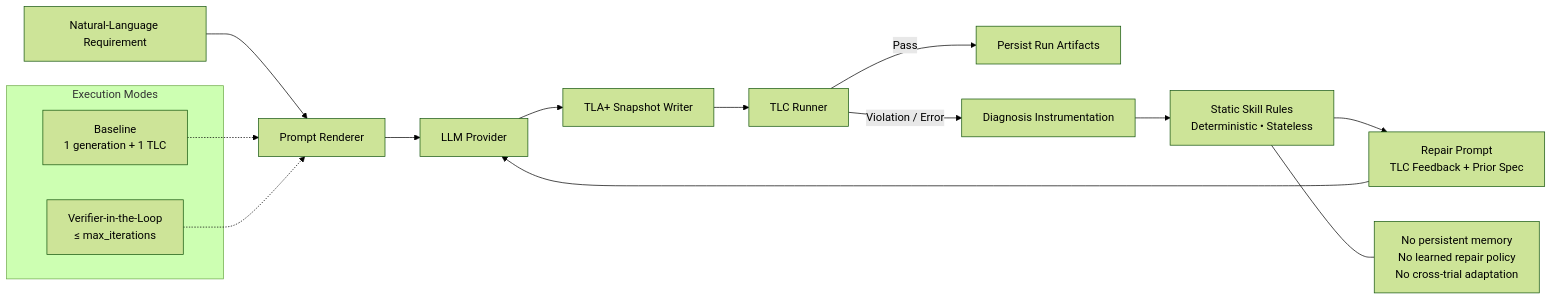
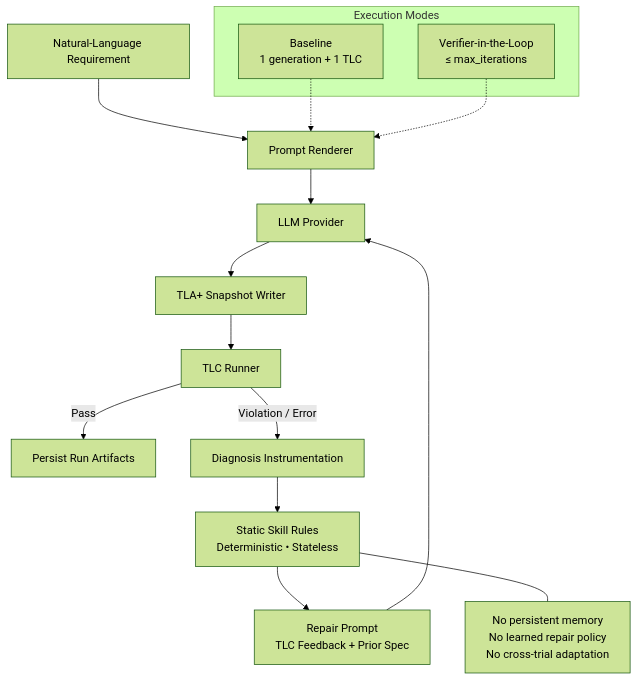
One commit to Prof-it/formal-verification changed the diagram in images/agentic-loop-nasa.mmd. Above: the diagram before and after it, drawn with Mermaid (forest theme). The commit also changed 2 other files, not shown here.

Commit message:
paper update graphics for ETECOM

```diff
--- a/images/agentic-loop-nasa.mmd
+++ b/images/agentic-loop-nasa.mmd
@@ -1,24 +1,24 @@
-flowchart LR 
+flowchart TD 
     R["Natural-Language Requirement"] --> P["Prompt Renderer"] 
     P --> G["LLM Provider"] 
     G --> S["TLA+ Snapshot Writer"] 
     S --> T["TLC Runner"] 
 
     T -->|Pass| O["Persist Run Artifacts"] 
     T -->|Violation / Error| D["Diagnosis Instrumentation"] 
     
     D --> K["Static Skill Rules<br/>Deterministic • Stateless"] 
     K --> RP["Repair Prompt<br/>TLC Feedback + Prior Spec"] 
     RP --> G 
     
     subgraph "Execution Modes" 
         BL["Baseline<br/>1 generation + 1 TLC"] 
         LP["Verifier-in-the-Loop<br/>≤ max_iterations"] 
     end 
     
     BL -.-> P 
     LP -.-> P 
     
     M["No persistent memory<br/>No learned repair policy<br/>No cross-trial adaptation"] 
     
     K --- M
```
